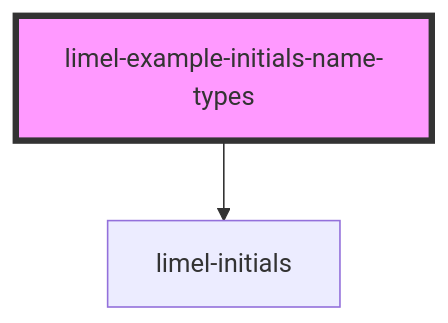
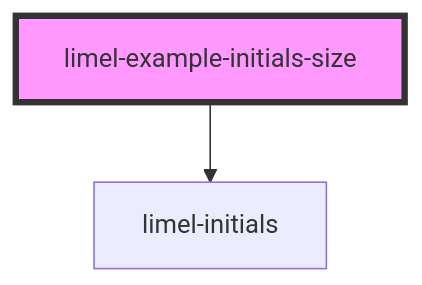
One commit to Lundalogik/lime-elements changed the diagram in versions/PR-4536/markdown-docs/components/initials/examples/readme.md. Above: the diagram before and after it, drawn with Mermaid. The commit also changed other lines of this file and 7 other files, not shown here.

````diff
--- a/versions/PR-4536/markdown-docs/components/initials/examples/readme.md
+++ b/versions/PR-4536/markdown-docs/components/initials/examples/readme.md
@@ -34,5 +29,5 @@
 ```mermaid
 graph TD;
-  limel-example-initials-name-types --> limel-initials
-  style limel-example-initials-name-types fill:#f9f,stroke:#333,stroke-width:4px
+  limel-example-initials-size --> limel-initials
+  style limel-example-initials-size fill:#f9f,stroke:#333,stroke-width:4px
 ```
````
